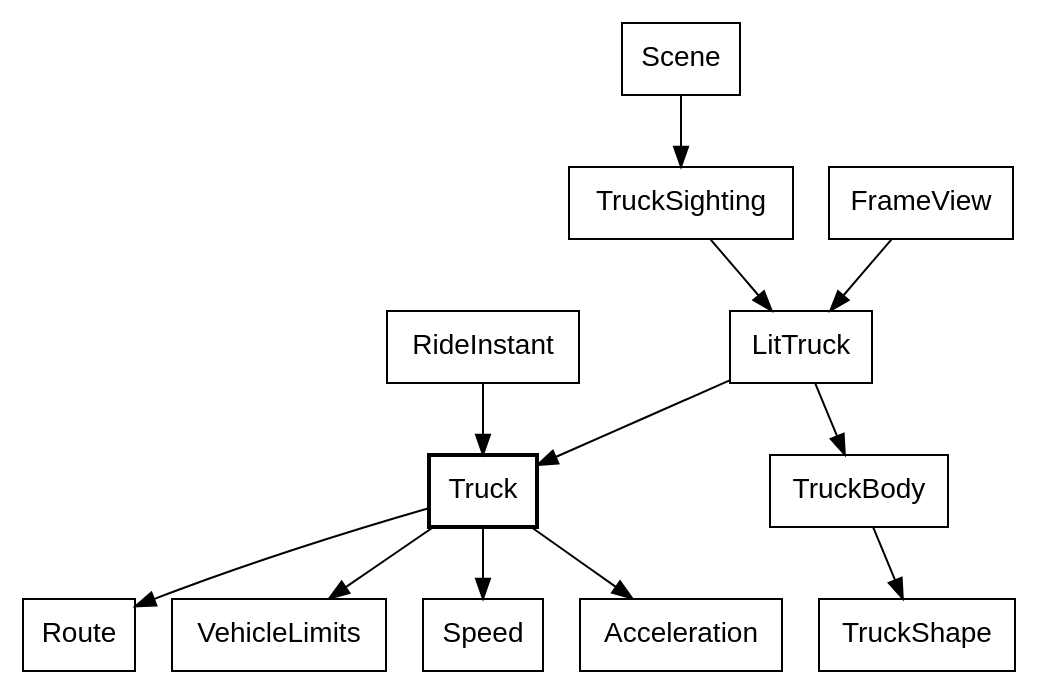
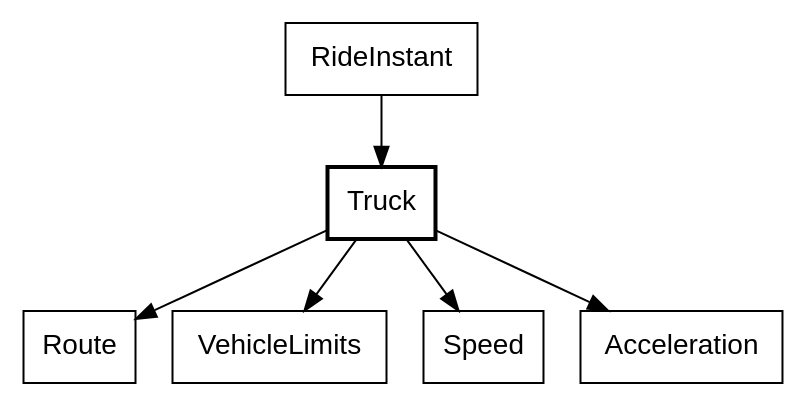
One commit to showell/roc-apps changed diagram 21 of 35 in canvas_apps/safari/tutorial/tutorial.md. Above: the diagram before and after it, drawn with Graphviz. The commit also changed other lines of this file, not shown here.

Commit message:
tutorial: the truck splits in two: drawing it first, then its motion

````diff
--- a/canvas_apps/safari/tutorial/tutorial.md
+++ b/canvas_apps/safari/tutorial/tutorial.md
@@ -1934,17 +1986,11 @@
 ```dot
-digraph truck {
+digraph truck_motion {
   node [shape=box, fontname="Helvetica"];
   Truck [style=bold];
   RideInstant -> Truck;
   Truck -> Route;
   Truck -> VehicleLimits;
   Truck -> Speed;
   Truck -> Acceleration;
-  Scene -> TruckSighting;
-  TruckSighting -> LitTruck;
-  LitTruck -> Truck;
-  LitTruck -> TruckBody;
-  TruckBody -> TruckShape;
-  FrameView -> LitTruck;
 }
 ```
````
